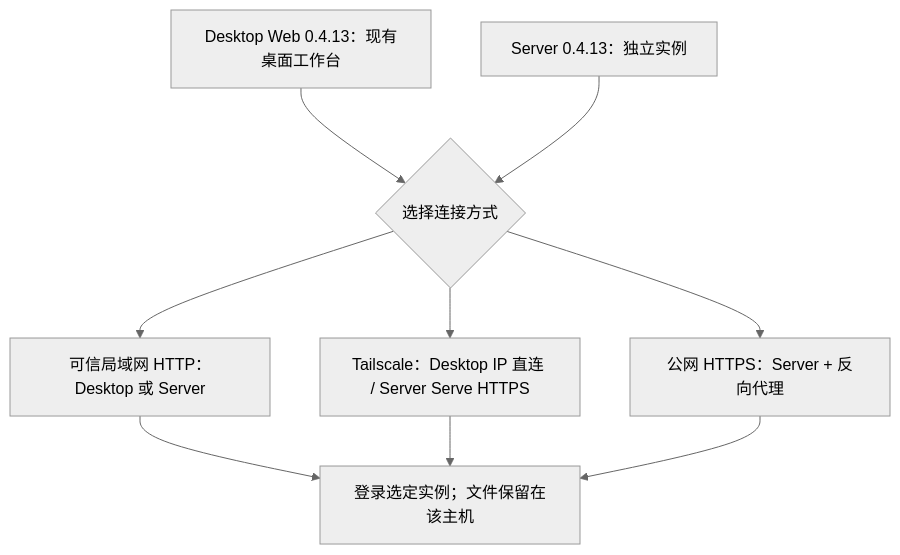
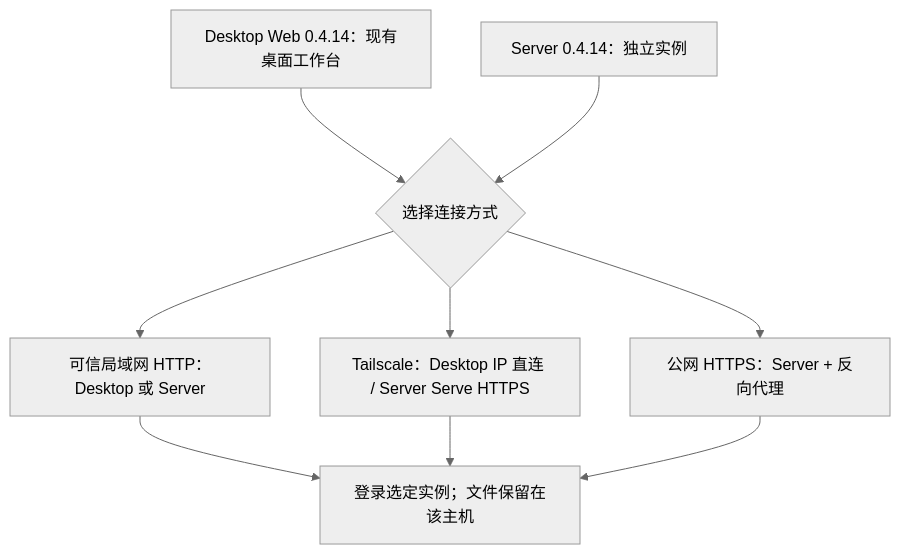
One commit to 123eyu/rovai-ai changed the diagram in website/site/public/assets/diagrams/deployment-choice-zh.mmd. Above: the diagram before and after it, drawn with Mermaid (neutral theme). The commit also changed 11 other files, not shown here.

```diff
--- a/website/site/public/assets/diagrams/deployment-choice-zh.mmd
+++ b/website/site/public/assets/diagrams/deployment-choice-zh.mmd
@@ -1,12 +1,12 @@
 flowchart TB
-  desktop["Desktop Web 0.4.13：现有桌面工作台"]
-  server["Server 0.4.13：独立实例"]
+  desktop["Desktop Web 0.4.14：现有桌面工作台"]
+  server["Server 0.4.14：独立实例"]
   choice{"选择连接方式"}
   desktop --> choice
   server --> choice
   choice --> lan["可信局域网 HTTP：Desktop 或 Server"]
   choice --> ts["Tailscale：Desktop IP 直连 / Server Serve HTTPS"]
   choice --> public["公网 HTTPS：Server + 反向代理"]
   lan --> login["登录选定实例；文件保留在该主机"]
   ts --> login
   public --> login
```
